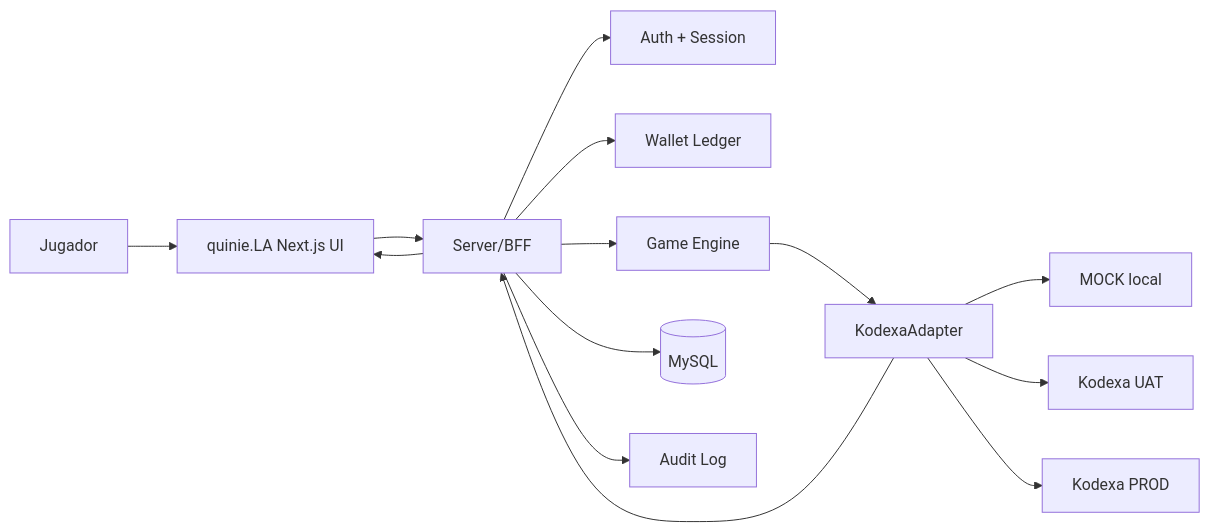
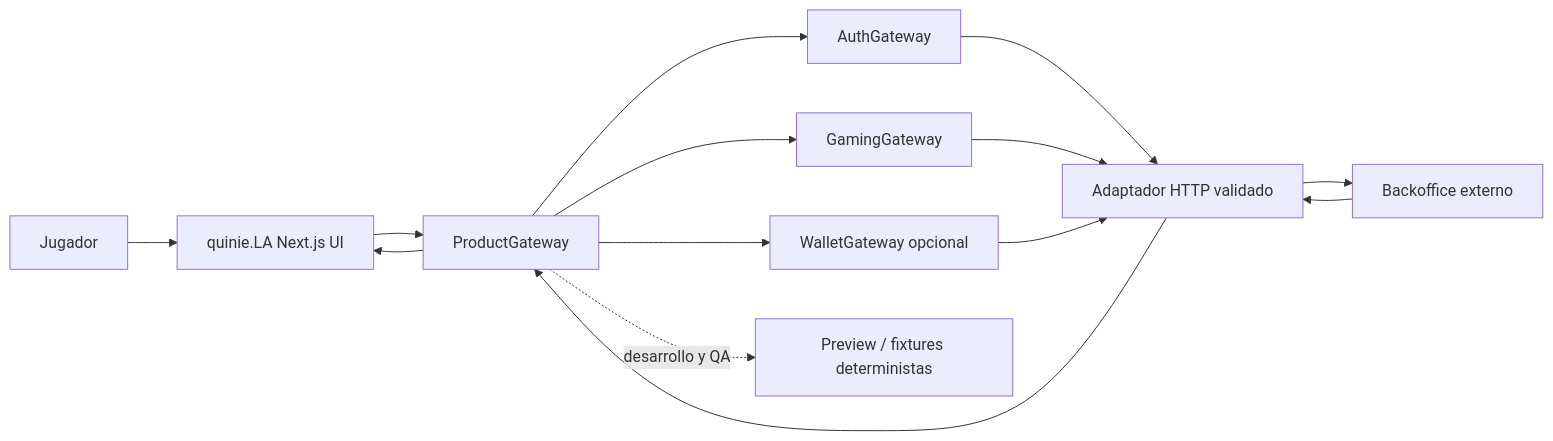
The diagram in docs/DATA_FLOW.mmd (chamkill93/quiniela-renovado), drawn with Mermaid before and after one commit. The commit also changed 70 other files, not shown here.

```diff
--- a/docs/DATA_FLOW.mmd
+++ b/docs/DATA_FLOW.mmd
@@ -1,14 +1,14 @@
 flowchart LR
  U[Jugador] --> UI[quinie.LA Next.js UI]
- UI --> API[Server/BFF]
- API --> AUTH[Auth + Session]
- API --> WALLET[Wallet Ledger]
- API --> GAME[Game Engine]
- GAME --> ADAPTER[KodexaAdapter]
- ADAPTER --> MOCK[MOCK local]
- ADAPTER --> UAT[Kodexa UAT]
- ADAPTER --> PROD[Kodexa PROD]
- API --> DB[(MySQL)]
- API --> AUDIT[Audit Log]
- ADAPTER --> API
- API --> UI
+ UI --> PG[ProductGateway]
+ PG --> AUTH[AuthGateway]
+ PG --> GAME[GamingGateway]
+ PG --> WALLET[WalletGateway opcional]
+ AUTH --> HTTP[Adaptador HTTP validado]
+ GAME --> HTTP
+ WALLET --> HTTP
+ HTTP --> BO[Backoffice externo]
+ PG -. desarrollo y QA .-> FIXTURE[Preview / fixtures deterministas]
+ BO --> HTTP
+ HTTP --> PG
+ PG --> UI
```
